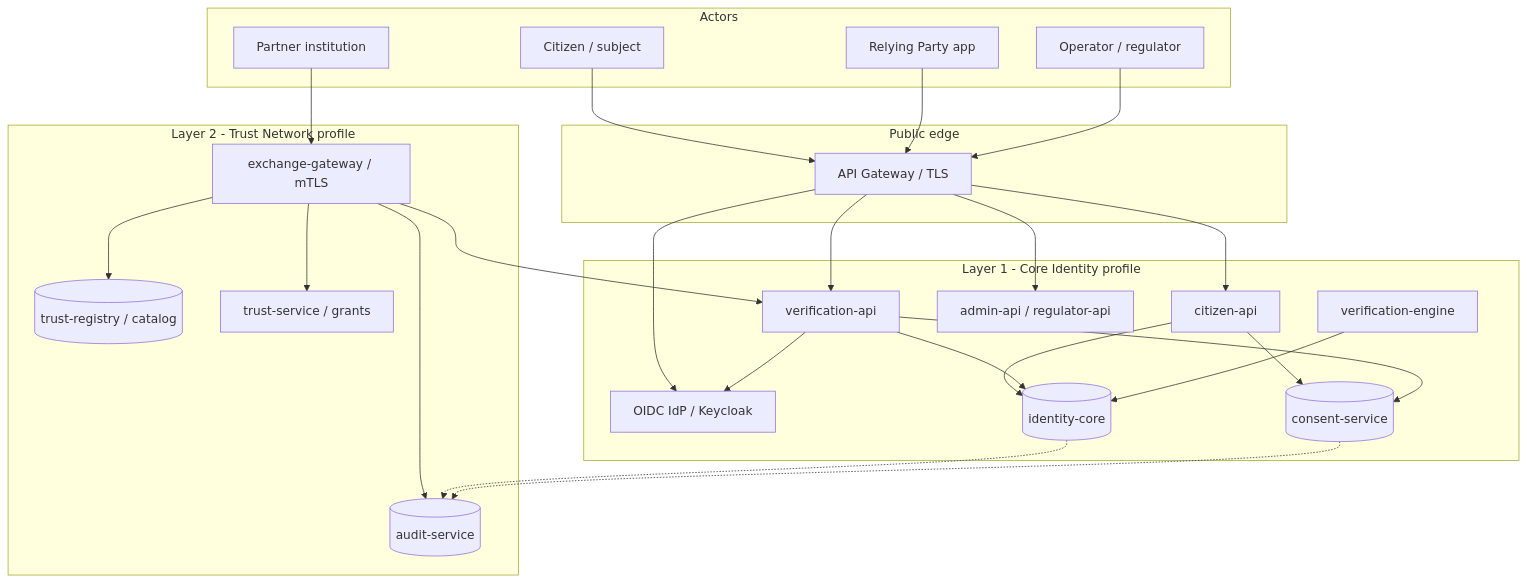
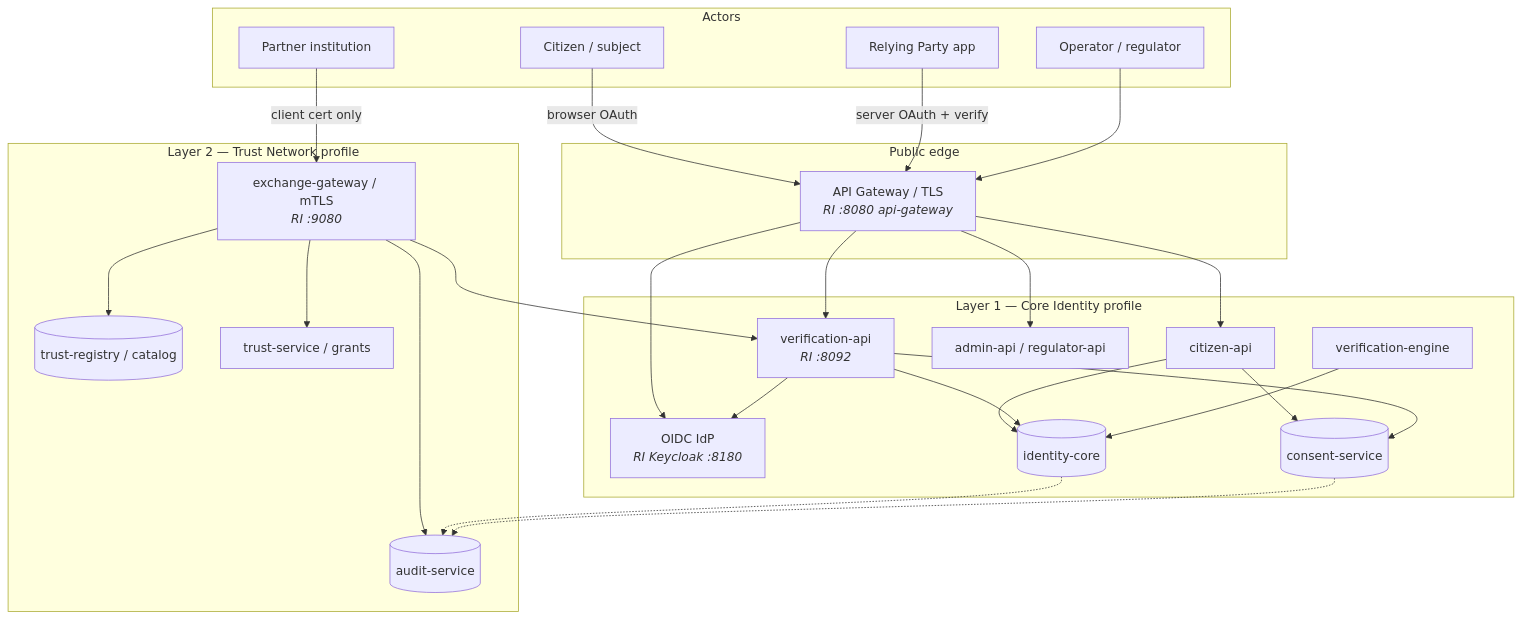
Before and after one commit to odtis/core-spec: the third of 12 diagrams in site/VISUAL-GUIDE.md, drawn with Mermaid. The commit also changed other lines of this file, not shown here.

First line of the commit message:
Improve Visual Guide with developer-first Mermaid diagrams.

````diff
--- a/site/VISUAL-GUIDE.md
+++ b/site/VISUAL-GUIDE.md
@@ -26,54 +137,54 @@
 ```mermaid
 flowchart TB
  subgraph actors [Actors]
  C[Citizen / subject]
  RP[Relying Party app]
  P[Partner institution]
  OP[Operator / regulator]
  end
 
  subgraph edge [Public edge]
- GW[API Gateway / TLS]
+ GW["API Gateway / TLS<br/><i>RI :8080 api-gateway</i>"]
  end
 
- subgraph L1 [Layer 1 - Core Identity profile]
- KC[OIDC IdP / Keycloak]
+ subgraph L1 [Layer 1 — Core Identity profile]
+ KC["OIDC IdP<br/><i>RI Keycloak :8180</i>"]
  CA[citizen-api]
- VA[verification-api]
+ VA["verification-api<br/><i>RI :8092</i>"]
  AA[admin-api / regulator-api]
  IC[(identity-core)]
  CS[(consent-service)]
  VE[verification-engine]
  end
 
- subgraph L2 [Layer 2 - Trust Network profile]
- XGW[exchange-gateway / mTLS]
+ subgraph L2 [Layer 2 — Trust Network profile]
+ XGW["exchange-gateway / mTLS<br/><i>RI :9080</i>"]
  TR[(trust-registry / catalog)]
  TS[trust-service / grants]
  AUD[(audit-service)]
  end
 
- C --> GW
- RP --> GW
- P --> XGW
+ C -->|browser OAuth| GW
+ RP -->|server OAuth + verify| GW
+ P -->|client cert only| XGW
  OP --> GW
 
  GW --> KC
  GW --> CA
  GW --> VA
  GW --> AA
 
  CA --> IC
  CA --> CS
  VA --> IC
  VA --> CS
  VA --> KC
  VE --> IC
 
  XGW --> TS
  XGW --> TR
  XGW --> VA
  XGW --> AUD
  IC -.-> AUD
  CS -.-> AUD
 ```
````
